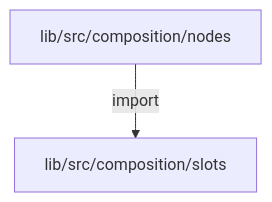
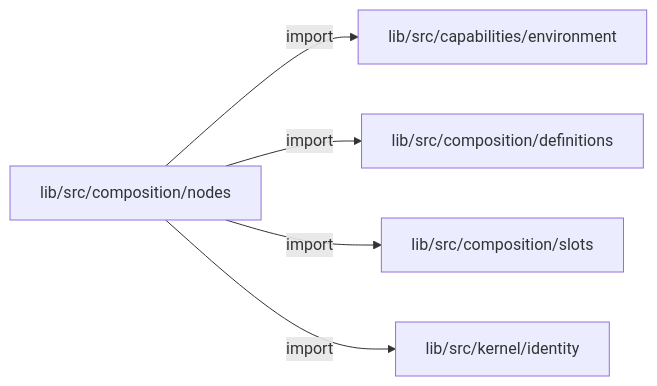
Before and after one commit to MiuDog/Kallopis: the first of 2 diagrams in docs/architecture/src/composition/nodes/README.md, drawn with Mermaid. The commit also changed other lines of this file and 9688 other files, not shown here.

Commit message:
Prepare isolated Flow F2 peer baseline

````diff
--- a/docs/architecture/src/composition/nodes/README.md
+++ b/docs/architecture/src/composition/nodes/README.md
@@ -13,6 +13,12 @@
 ```mermaid
-flowchart TD
+flowchart LR
 	n0["lib/src/composition/nodes"]
-	n1["lib/src/composition/slots"]
+	n1["lib/src/capabilities/environment"]
+	n2["lib/src/composition/definitions"]
+	n3["lib/src/composition/slots"]
+	n4["lib/src/kernel/identity"]
 	n0 -->|"import"| n1
+	n0 -->|"import"| n2
+	n0 -->|"import"| n3
+	n0 -->|"import"| n4
 ```
````
